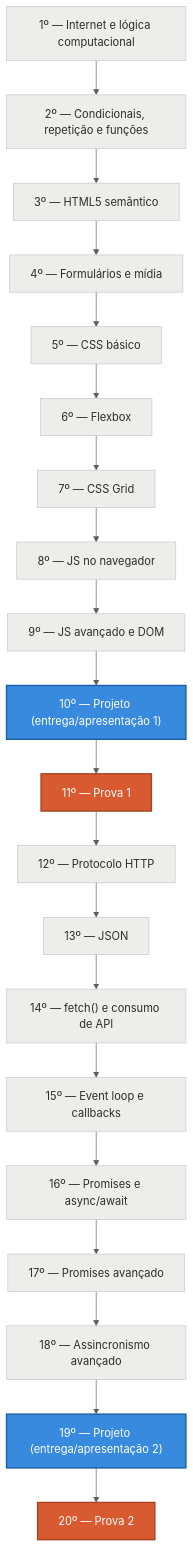
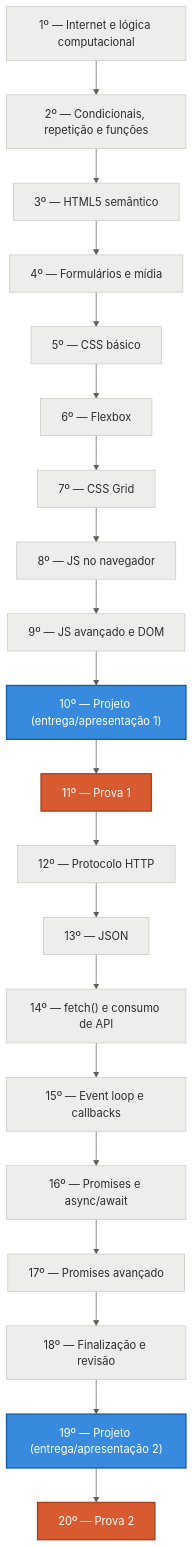
Before and after one commit to gustavocolombelli/uniguacu-web-dev: the diagram in roadmap/roadmap.md, drawn with Mermaid. The commit also changed other lines of this file and 1 other file, not shown here.

````diff
--- a/roadmap/roadmap.md
+++ b/roadmap/roadmap.md
@@ -38,39 +38,39 @@
 ```mermaid
 %%{init: {'theme':'base', 'themeVariables': {
   'primaryColor': '#378ADD',
   'primaryTextColor': '#FFFFFF',
   'primaryBorderColor': '#185FA5',
   'secondaryColor': '#D85A30',
   'secondaryTextColor': '#FFFFFF',
   'tertiaryTextColor': '#2C2C2A',
   'lineColor': '#5F5E5A',
   'textColor': '#2C2C2A'
 }}}%%
 flowchart TD
     n1["1º — Internet e lógica computacional"]:::padrao
     n2["2º — Condicionais, repetição e funções"]:::padrao
     n3["3º — HTML5 semântico"]:::padrao
     n4["4º — Formulários e mídia"]:::padrao
     n5["5º — CSS básico"]:::padrao
     n6["6º — Flexbox"]:::padrao
     n7["7º — CSS Grid"]:::padrao
     n8["8º — JS no navegador"]:::padrao
     n9["9º — JS avançado e DOM"]:::padrao
     n10["10º — Projeto (entrega/apresentação 1)"]:::trabalho
     n11["11º — Prova 1"]:::prova
     n12["12º — Protocolo HTTP"]:::padrao
     n13["13º — JSON"]:::padrao
     n14["14º — fetch() e consumo de API"]:::padrao
     n15["15º — Event loop e callbacks"]:::padrao
     n16["16º — Promises e async/await"]:::padrao
     n17["17º — Promises avançado"]:::padrao
-    n18["18º — Assincronismo avançado"]:::padrao
+    n18["18º — Finalização e revisão"]:::padrao
     n19["19º — Projeto (entrega/apresentação 2)"]:::trabalho
     n20["20º — Prova 2"]:::prova
 
     n1 --> n2 --> n3 --> n4 --> n5 --> n6 --> n7 --> n8 --> n9 --> n10 --> n11 --> n12 --> n13 --> n14 --> n15 --> n16 --> n17 --> n18 --> n19 --> n20
 
     classDef padrao fill:#EDEDEB,color:#2C2C2A,stroke:#C9C8C2,stroke-width:1px;
     classDef trabalho fill:#378ADD,color:#FFFFFF,stroke:#185FA5,stroke-width:2px;
     classDef prova fill:#D85A30,color:#FFFFFF,stroke:#A8431F,stroke-width:2px;
 ```
````
